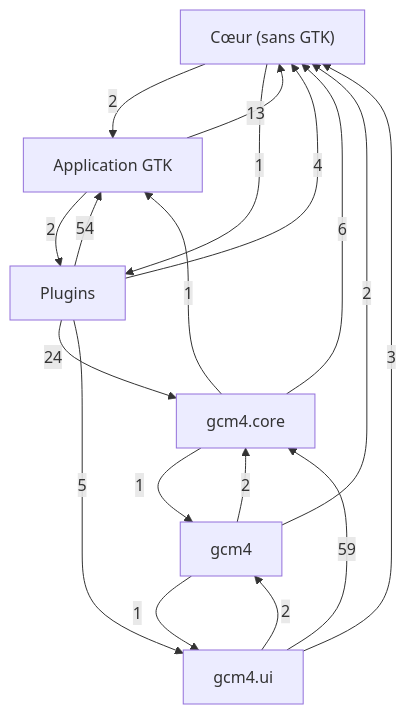
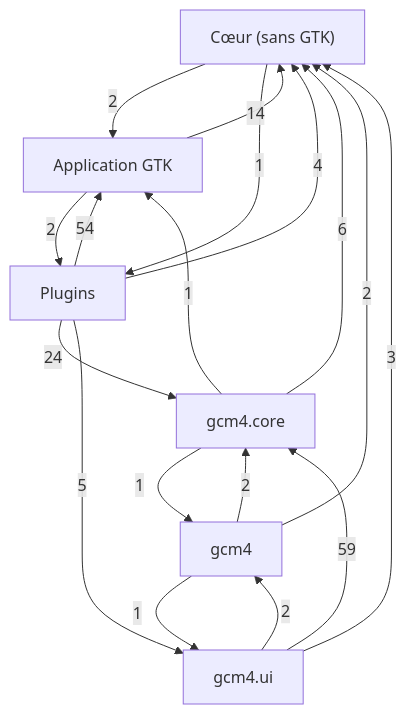
One commit to Mathilde-Team/Gcm4 changed the first of 7 diagrams in docs/class-diagram.md. Above: the diagram before and after it, drawn with Mermaid. The commit also changed other lines of this file, not shown here.

Commit message:
fix(#71): diagramme de classes régénéré (module remote_desktop_menu_core suivi)

````diff
--- a/docs/class-diagram.md
+++ b/docs/class-diagram.md
@@ -21,26 +21,26 @@
 ```mermaid
 flowchart TD
     g0["Cœur (sans GTK)"]
     g1["Application GTK"]
     g2["Plugins"]
     g3["gcm4"]
     g4["gcm4.core"]
     g5["gcm4.ui"]
-    g1 -->|13| g0
+    g1 -->|14| g0
     g1 -->|2| g2
     g0 -->|2| g1
     g0 -->|1| g2
     g2 -->|54| g1
     g2 -->|4| g0
     g2 -->|24| g4
     g2 -->|5| g5
     g3 -->|2| g0
     g3 -->|2| g4
     g3 -->|1| g5
     g4 -->|1| g1
     g4 -->|6| g0
     g4 -->|1| g3
     g5 -->|3| g0
     g5 -->|2| g3
     g5 -->|59| g4
 ```
````
